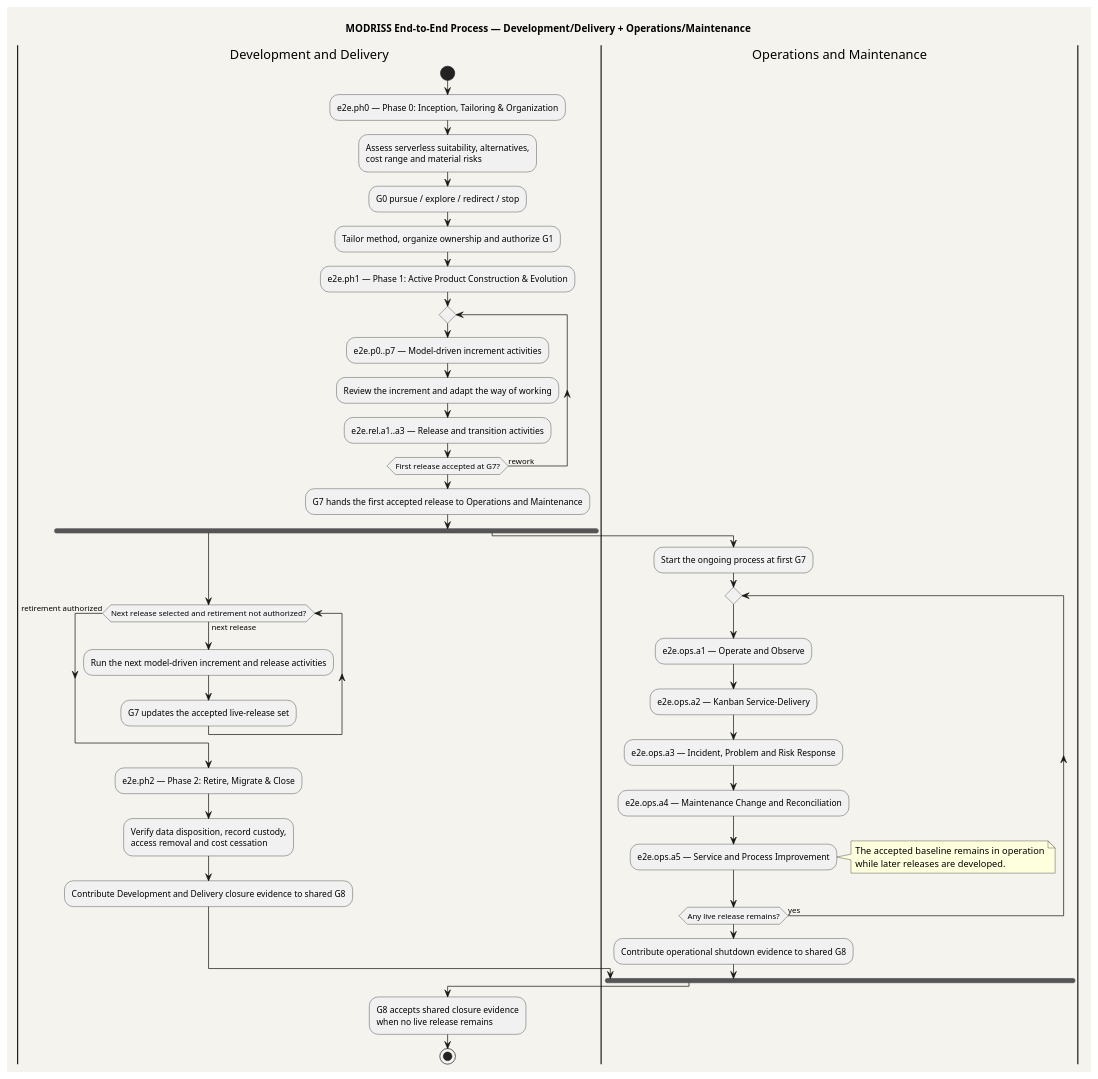
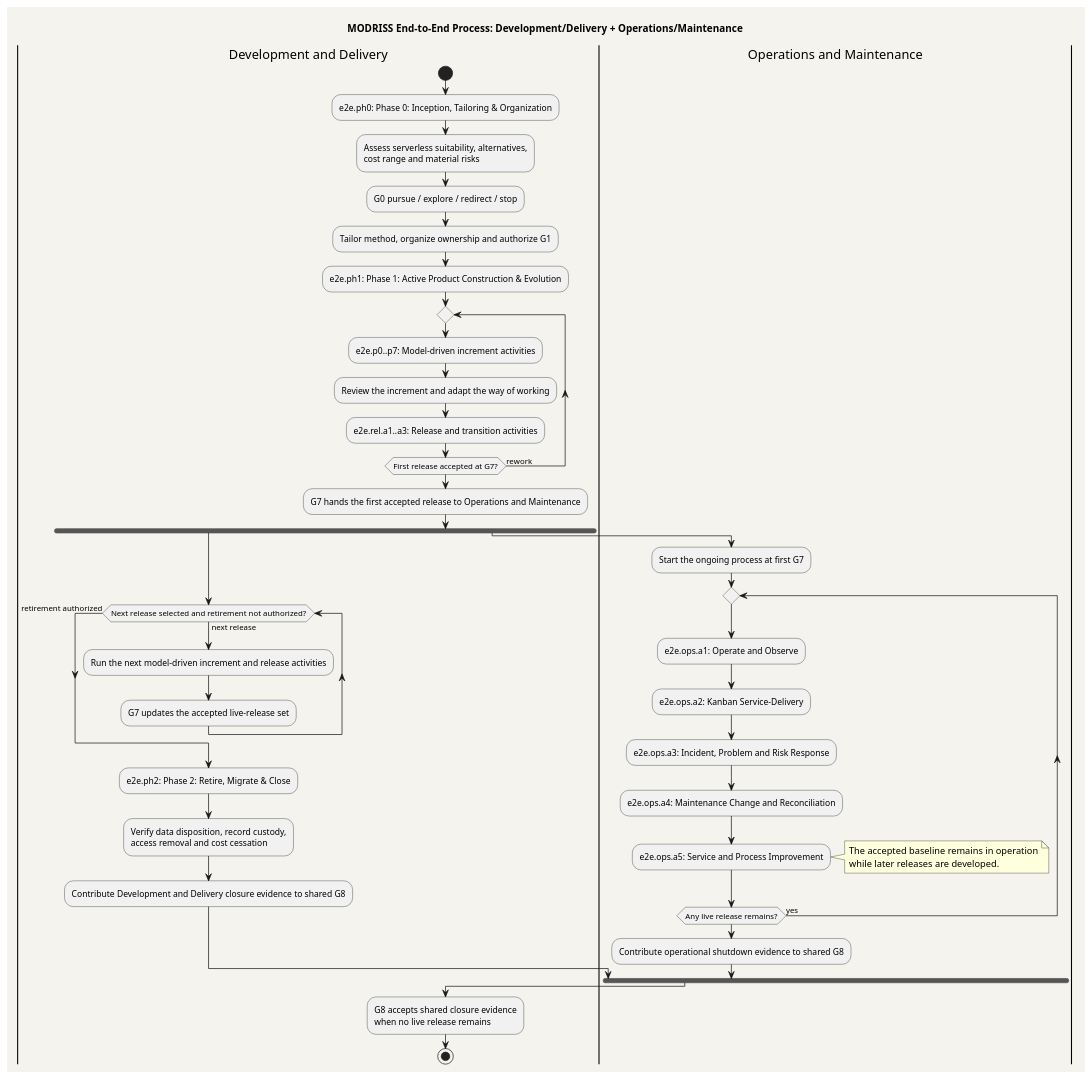
The diagram in mde/process/method/spem/views/end-to-end-process.activity.puml (mehdieidi/modriss), drawn with PlantUML before and after one commit. The commit also changed 36 other files, not shown here.

```diff
--- a/mde/process/method/spem/views/end-to-end-process.activity.puml
+++ b/mde/process/method/spem/views/end-to-end-process.activity.puml
@@ -1,41 +1,41 @@
 @startuml
-title MODRISS End-to-End Process — Development/Delivery + Operations/Maintenance
+title MODRISS End-to-End Process: Development/Delivery + Operations/Maintenance
 skinparam backgroundColor #F5F3ED
 |Development and Delivery|
 start
-:e2e.ph0 — Phase 0: Inception, Tailoring & Organization;
+:e2e.ph0: Phase 0: Inception, Tailoring & Organization;
 :Assess serverless suitability, alternatives,\ncost range and material risks;
 :G0 pursue / explore / redirect / stop;
 :Tailor method, organize ownership and authorize G1;
-:e2e.ph1 — Phase 1: Active Product Construction & Evolution;
+:e2e.ph1: Phase 1: Active Product Construction & Evolution;
 repeat
-  :e2e.p0..p7 — Model-driven increment activities;
+  :e2e.p0..p7: Model-driven increment activities;
   :Review the increment and adapt the way of working;
-  :e2e.rel.a1..a3 — Release and transition activities;
+  :e2e.rel.a1..a3: Release and transition activities;
 repeat while (First release accepted at G7?) is (rework)
 :G7 hands the first accepted release to Operations and Maintenance;
 fork
   while (Next release selected and retirement not authorized?) is (next release)
     :Run the next model-driven increment and release activities;
     :G7 updates the accepted live-release set;
   endwhile (retirement authorized)
-  :e2e.ph2 — Phase 2: Retire, Migrate & Close;
+  :e2e.ph2: Phase 2: Retire, Migrate & Close;
   :Verify data disposition, record custody,\naccess removal and cost cessation;
   :Contribute Development and Delivery closure evidence to shared G8;
 fork again
   |Operations and Maintenance|
   :Start the ongoing process at first G7;
   repeat
-    :e2e.ops.a1 — Operate and Observe;
-    :e2e.ops.a2 — Kanban Service-Delivery;
-    :e2e.ops.a3 — Incident, Problem and Risk Response;
-    :e2e.ops.a4 — Maintenance Change and Reconciliation;
-    :e2e.ops.a5 — Service and Process Improvement;
+    :e2e.ops.a1: Operate and Observe;
+    :e2e.ops.a2: Kanban Service-Delivery;
+    :e2e.ops.a3: Incident, Problem and Risk Response;
+    :e2e.ops.a4: Maintenance Change and Reconciliation;
+    :e2e.ops.a5: Service and Process Improvement;
     note right: The accepted baseline remains in operation\nwhile later releases are developed.
   repeat while (Any live release remains?) is (yes)
   :Contribute operational shutdown evidence to shared G8;
 end fork
 |Development and Delivery|
 :G8 accepts shared closure evidence\nwhen no live release remains;
 stop
 @enduml
```
